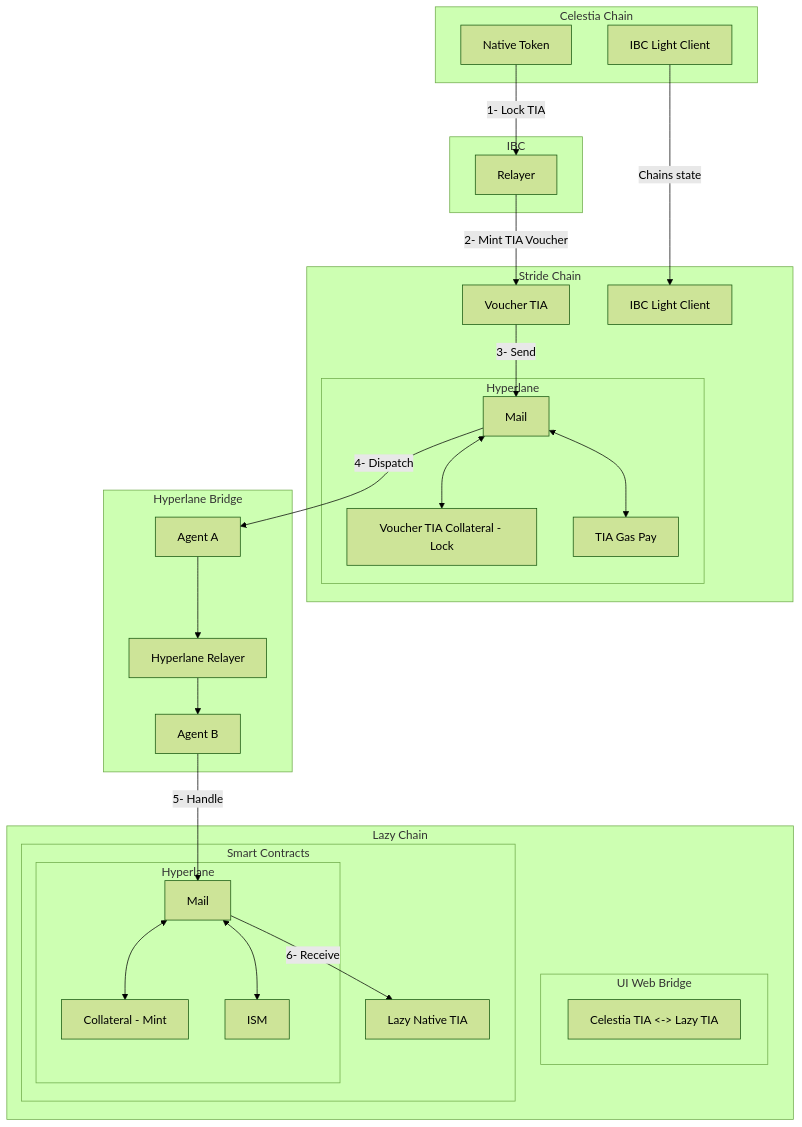
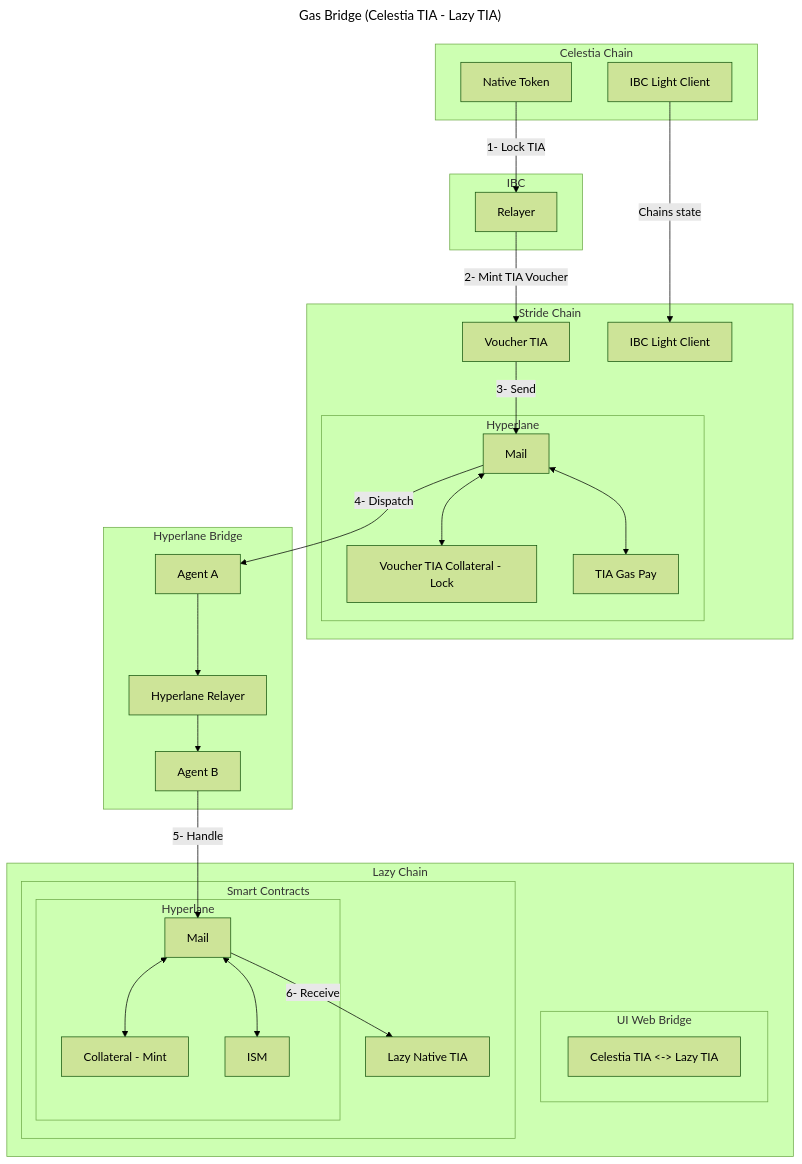
One commit to Lazychain/lazy_poc changed the first of 2 diagrams in doc/adr/0003-base-token.md. Above: the diagram before and after it, drawn with Mermaid (forest theme). The commit also changed other lines of this file and 13 other files, not shown here.

Commit message:
feat: Add draft faucet, explorer and dashboard adrs. Refactor some mermaid into files and user stories

````diff
--- a/doc/adr/0003-base-token.md
+++ b/doc/adr/0003-base-token.md
@@ -22,62 +22,65 @@
 ```mermaid
+---
+title: Gas Bridge (Celestia TIA - Lazy TIA)
+---
 flowchart TB
     %% OC origin chain
     subgraph OC["Celestia Chain"]
         OC_NT["Native Token"]
         OC_IBC_LC["IBC Light Client"]
     end
 
     %% DC Destination chain
     subgraph DC["Lazy Chain"]
         subgraph DC_FE["UI Web Bridge"]
             DC_FE_UI["Celestia TIA <-> Lazy TIA"]
         end
         subgraph DC_SC["Smart Contracts"]
             DC_ERC20["Lazy Native TIA"]
             subgraph DC_HL["Hyperlane"]
                 DC_MINT["Collateral - Mint"]
                 DC_MAIL["Mail"]
                 DC_ISM["ISM"]
 
                 DC_MAIL <--> DC_ISM
                 DC_MAIL <--> DC_MINT
             end
         end
 
     end
 
     %% IC intermediate chain
     subgraph IC["Stride Chain"]
         IC_ICS20["Voucher TIA"]
         IC_IBC_LC["IBC Light Client"]
         subgraph IC_HL["Hyperlane"]
             IC_LOCK["Voucher TIA Collateral - Lock"]
             IC_MAIL["Mail"]
             IC_GAS["TIA Gas Pay"]
 
             IC_MAIL <--> IC_GAS
             IC_MAIL <--> IC_LOCK
         end
     end
 
     subgraph IBC["IBC"]
         IBC_RL["Relayer"]
     end
 
     subgraph HL["Hyperlane Bridge"]
         HL_RY["Hyperlane Relayer"]
         HL_A["Agent A"]
         HL_B["Agent B"]
     end
 
     OC_NT -- 1- Lock TIA --> IBC_RL
     IBC_RL -- 2- Mint TIA Voucher --> IC_ICS20
     OC_IBC_LC -- Chains state --> IC_IBC_LC
 
     IC_ICS20 -- 3- Send --> IC_MAIL
     IC_MAIL -- 4- Dispatch --> HL_A
     HL_A --> HL_RY
     HL_RY --> HL_B
     HL_B -- 5- Handle --> DC_MAIL
     DC_MAIL -- 6- Receive --> DC_ERC20
 ```
````
